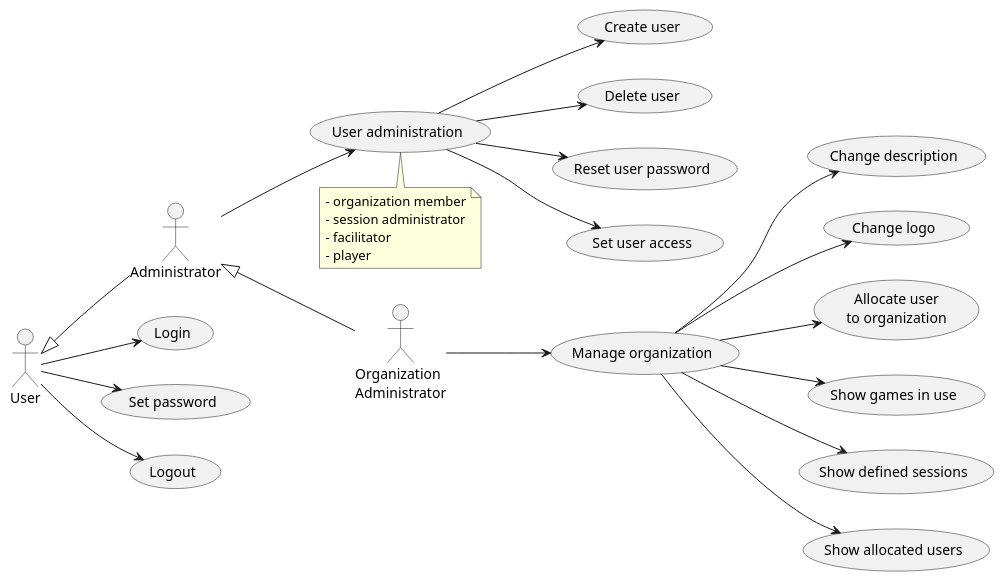
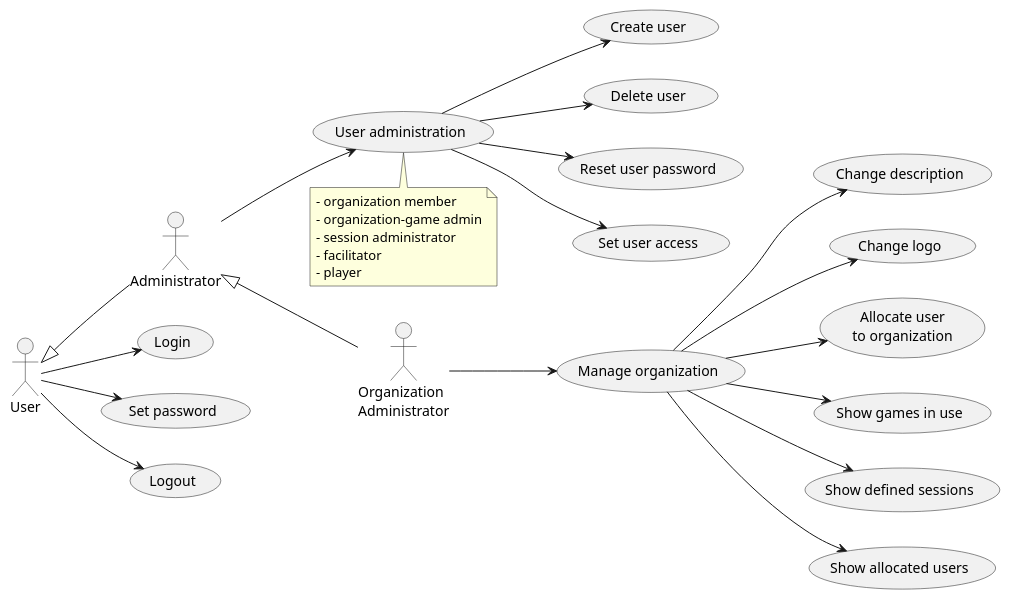
Before and after one commit to averbraeck/gscg-design: the diagram in doc/2-use-cases/diagrams/organization-administration.puml, drawn with PlantUML.

Commit message:
Issue #24. Organization admin can make organization-game admin

```diff
--- a/doc/2-use-cases/diagrams/organization-administration.puml
+++ b/doc/2-use-cases/diagrams/organization-administration.puml
@@ -1,33 +1,34 @@
 @startuml
 left to right direction
  
 "Organization\nAdministrator" as OA
 User <|-- Administrator
 Administrator <|-- OA
 
 User --> (Login)
 User --> (Set password)
 User --> (Logout)
 
 Administrator --> (User administration)
 note bottom
   - organization member
+  - organization-game admin
   - session administrator
   - facilitator
   - player
 end note
 
 (User administration) --> (Create user)
 (User administration) --> (Delete user)
 (User administration) --> (Reset user password)
 (User administration) --> (Set user access)
 
 OA --> (Manage organization)
 (Manage organization) --> (Change description)
 (Manage organization) --> (Change logo)
 (Manage organization) --> (Allocate user\nto organization)
 (Manage organization) --> (Show games in use)
 (Manage organization) --> (Show defined sessions)
 (Manage organization) --> (Show allocated users)
 
 @enduml
```
